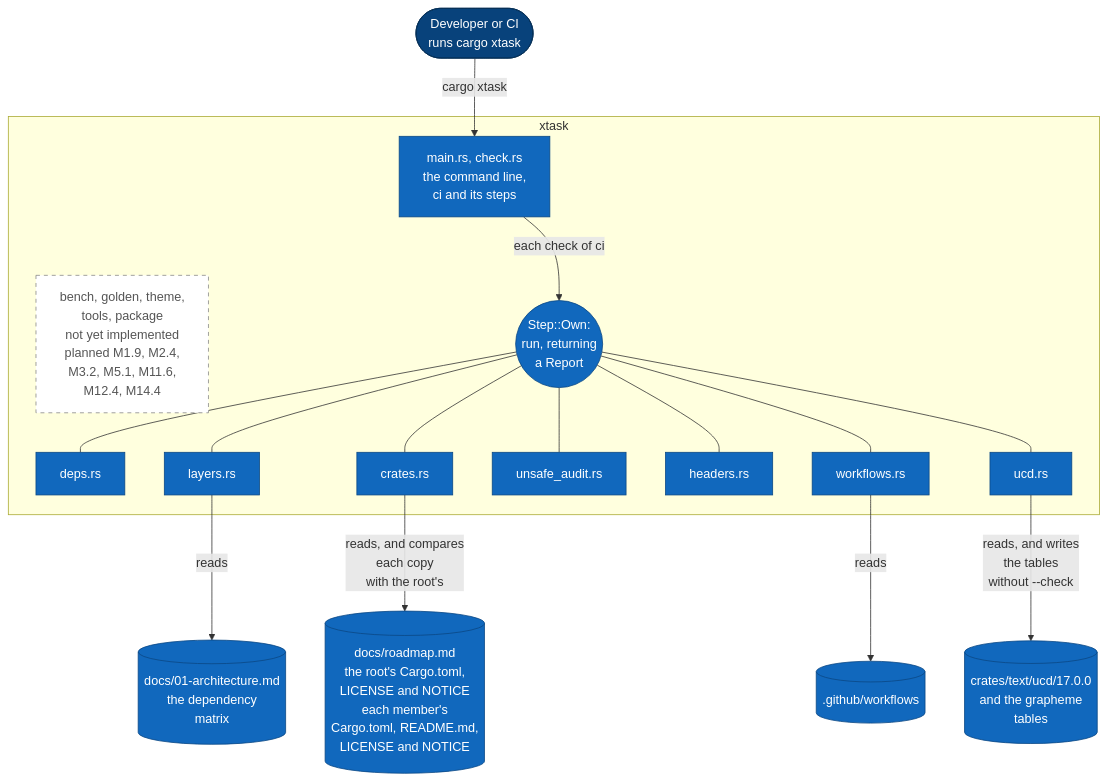
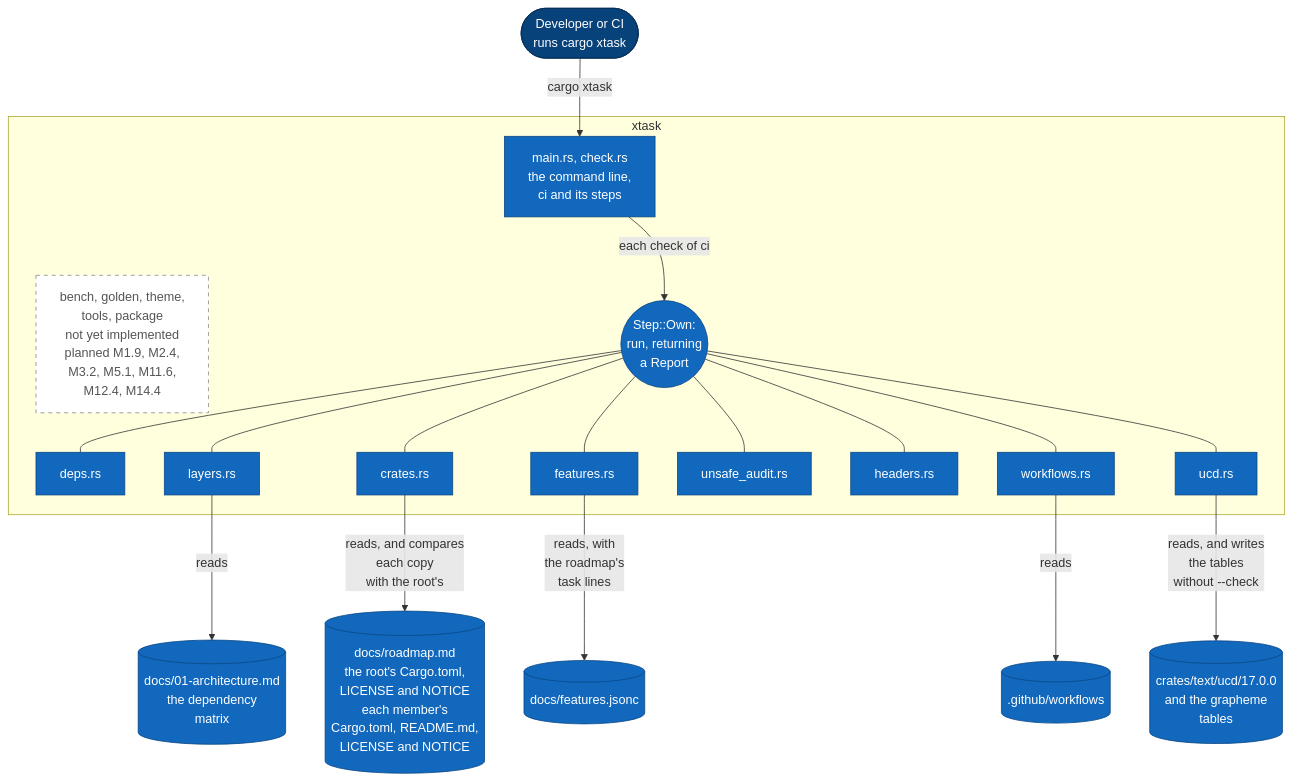
One commit to jabbott-iii/Tidepool changed diagram 17 of 21 in diagrams/component-diagrams.md. Above: the diagram before and after it, drawn with Mermaid. The commit also changed other lines of this file and 38 other files, not shown here.

````diff
--- a/diagrams/component-diagrams.md
+++ b/diagrams/component-diagrams.md
@@ -923,48 +923,52 @@
 ```mermaid
 flowchart TB
     p_dev(["Developer or CI<br/>runs cargo xtask"])
 
     subgraph sg_xtask["xtask"]
         c_main["main.rs, check.rs<br/>the command line,<br/>ci and its steps"]
         c_later["bench, golden, theme,<br/>tools, package<br/>not yet implemented<br/>planned M1.9, M2.4,<br/>M3.2, M5.1, M11.6,<br/>M12.4, M14.4"]
         i_step(("Step::Own:<br/>run, returning<br/>a Report"))
         c_deps["deps.rs"]
         c_layers["layers.rs"]
         c_crates["crates.rs"]
+        c_features["features.rs"]
         c_unsafe["unsafe_audit.rs"]
         c_headers["headers.rs"]
         c_workflows["workflows.rs"]
         c_ucd["ucd.rs"]
     end
     %% An invisible link: it only keeps the planned commands beside the step circle.
     c_main ~~~ c_later
 
     f_matrix[("docs/01-architecture.md<br/>the dependency<br/>matrix")]
     f_readmes[("docs/roadmap.md<br/>the root's Cargo.toml,<br/>LICENSE and NOTICE<br/>each member's<br/>Cargo.toml, README.md,<br/>LICENSE and NOTICE")]
     f_ucd[("crates/text/ucd/17.0.0<br/>and the grapheme<br/>tables")]
     f_workflows[(".github/workflows")]
+    f_features[("docs/features.jsonc")]
 
     p_dev -->|"cargo xtask"| c_main
     c_main -->|"each check of ci"| i_step
     i_step --- c_deps
     i_step --- c_layers
     i_step --- c_crates
+    i_step --- c_features
     i_step --- c_unsafe
     i_step --- c_headers
     i_step --- c_workflows
     i_step --- c_ucd
 
     c_layers -->|"reads"| f_matrix
     c_crates -->|"reads, and compares<br/>each copy<br/>with the root's"| f_readmes
     c_ucd -->|"reads, and writes<br/>the tables<br/>without --check"| f_ucd
     c_workflows -->|"reads"| f_workflows
+    c_features -->|"reads, with<br/>the roadmap's<br/>task lines"| f_features
 
     classDef person fill:#08427b,stroke:#052e56,color:#ffffff
     classDef built fill:#1168bd,stroke:#0b4884,color:#ffffff
     classDef planned fill:#ffffff,stroke:#888888,stroke-dasharray: 5 5,color:#555555
     classDef store fill:#1168bd,stroke:#0b4884,color:#ffffff
     class p_dev person
-    class c_main,i_step,c_deps,c_layers,c_crates,c_unsafe,c_headers,c_workflows,c_ucd built
+    class c_main,i_step,c_deps,c_layers,c_crates,c_features,c_unsafe,c_headers,c_workflows,c_ucd built
     class c_later planned
-    class f_matrix,f_readmes,f_ucd,f_workflows store
+    class f_matrix,f_readmes,f_ucd,f_workflows,f_features store
 ```
````
